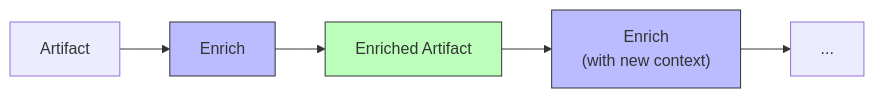
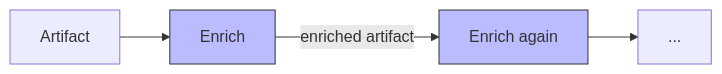
Before and after one commit to jrlangford/loop: the fifth of 8 diagrams in framework-design.md, drawn with Mermaid. The commit also changed other lines of this file and 11 other files, not shown here.

First line of the commit message:
Align diagrams with describe skill conventions and clarify Evaluate vs Gate

````diff
--- a/framework-design.md
+++ b/framework-design.md
@@ -684,7 +673,6 @@
 ```mermaid
-graph LR
-    AR["Artifact"] --> EN["Enrich"] --> EA["Enriched Artifact"] --> EN2["Enrich<br/>(with new context)"] --> EA2["..."]
-    style EN fill:#bbf,stroke:#333
-    style EN2 fill:#bbf,stroke:#333
-    style EA fill:#bfb,stroke:#333
+flowchart LR
+    classDef stage fill:#bbf,stroke:#333
+
+    AR["Artifact"] --> EN["Enrich"]:::stage -->|enriched artifact| EN2["Enrich again"]:::stage --> EA2["..."]
 ```
````
